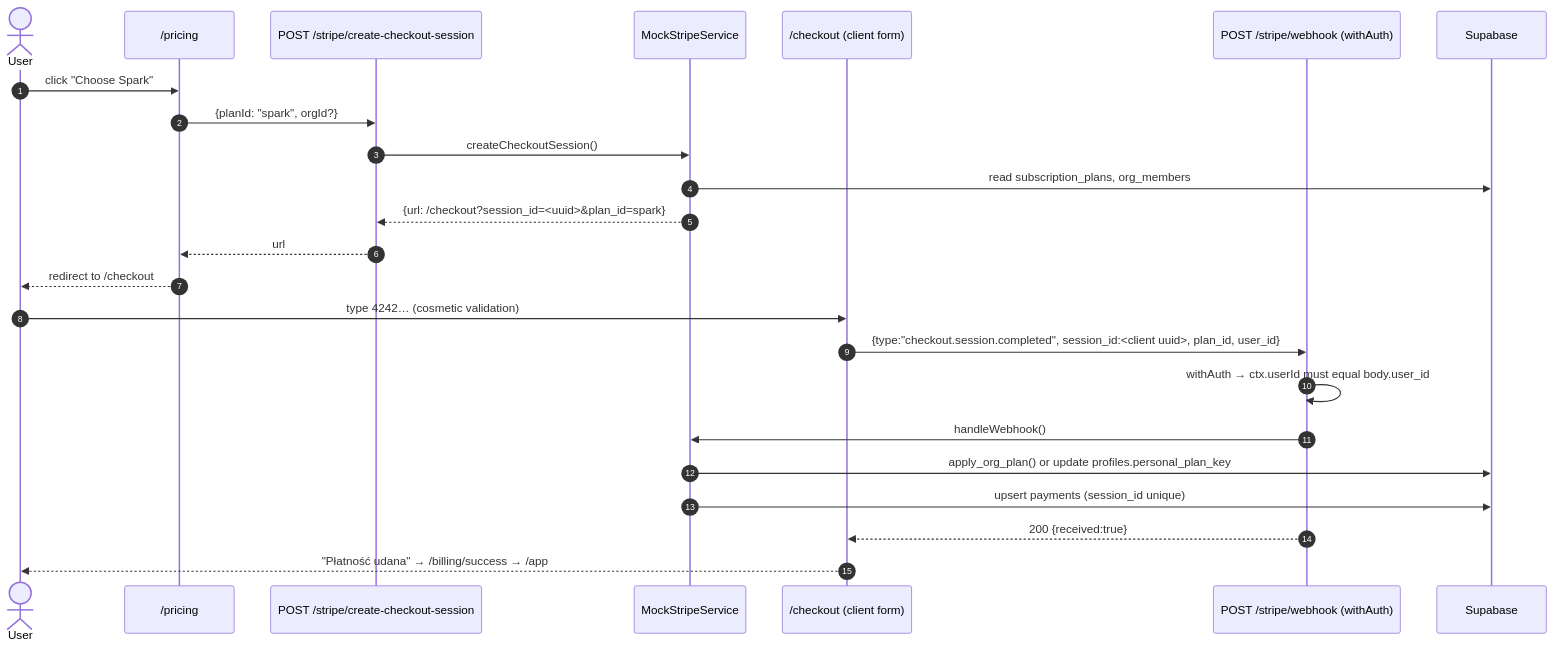
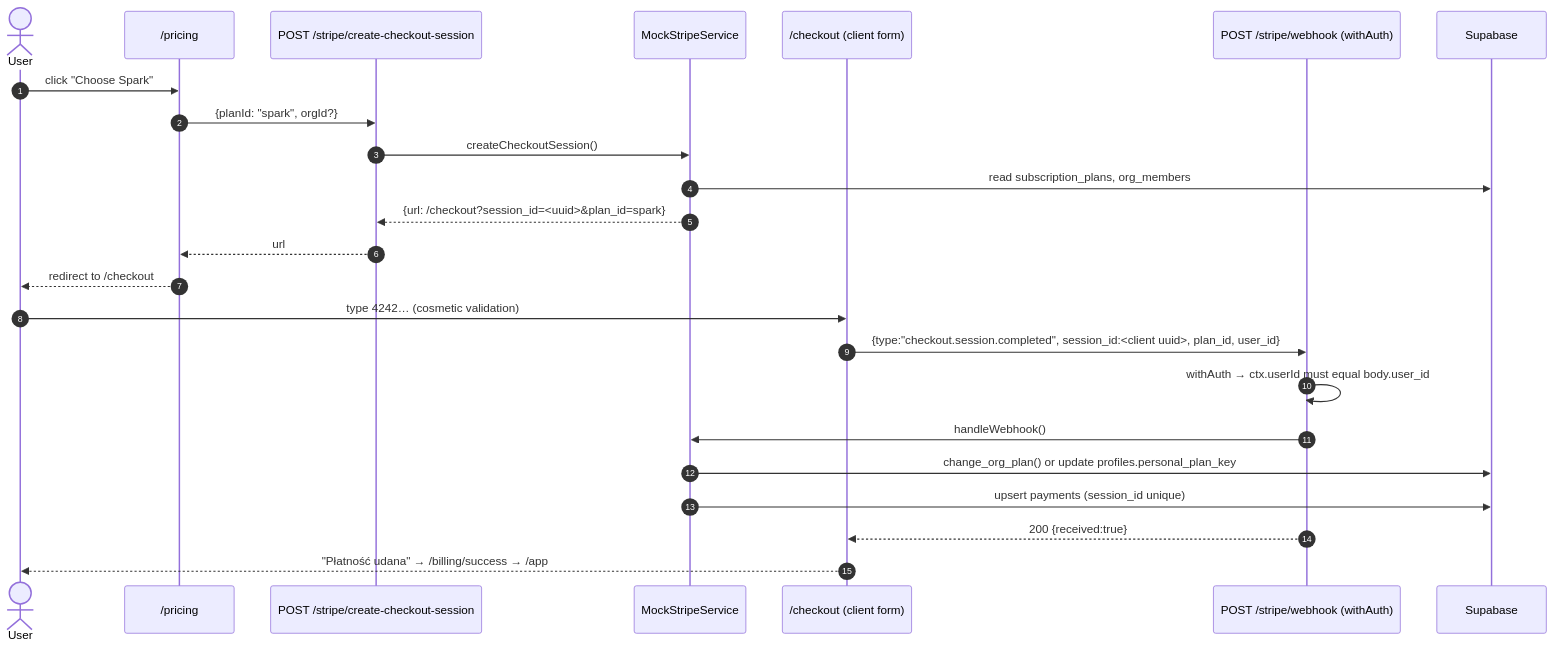
The first of 6 diagrams in docs/plans/662-stripe-integration.md (logyQT/studiq), drawn with Mermaid before and after one commit. The commit also changed other lines of this file and 55 other files, not shown here.

First line of the commit message:
feat(db): the org plan is the only org entitlement state (ADR-0015 phase 3c) (#1408)

````diff
--- a/docs/plans/662-stripe-integration.md
+++ b/docs/plans/662-stripe-integration.md
@@ -76,27 +76,27 @@
 ```mermaid
 sequenceDiagram
     autonumber
     actor U as User
     participant P as /pricing
     participant API as POST /stripe/create-checkout-session
     participant M as MockStripeService
     participant C as /checkout (client form)
     participant W as POST /stripe/webhook (withAuth)
     participant DB as Supabase
 
     U->>P: click "Choose Spark"
     P->>API: {planId: "spark", orgId?}
     API->>M: createCheckoutSession()
     M->>DB: read subscription_plans, org_members
     M-->>API: {url: /checkout?session_id=<uuid>&plan_id=spark}
     API-->>P: url
     P-->>U: redirect to /checkout
     U->>C: type 4242… (cosmetic validation)
     C->>W: {type:"checkout.session.completed", session_id:<client uuid>, plan_id, user_id}
     W->>W: withAuth → ctx.userId must equal body.user_id
     W->>M: handleWebhook()
-    M->>DB: apply_org_plan() or update profiles.personal_plan_key
+    M->>DB: change_org_plan() or update profiles.personal_plan_key
     M->>DB: upsert payments (session_id unique)
     W-->>C: 200 {received:true}
     C-->>U: "Płatność udana" → /billing/success → /app
 ```
````
